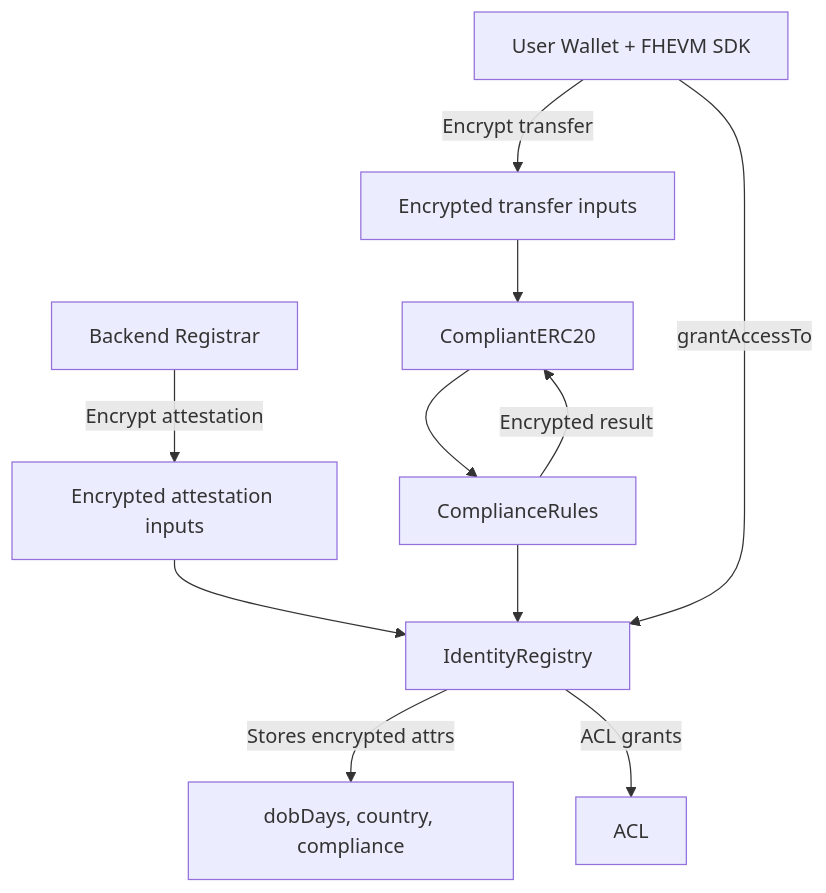
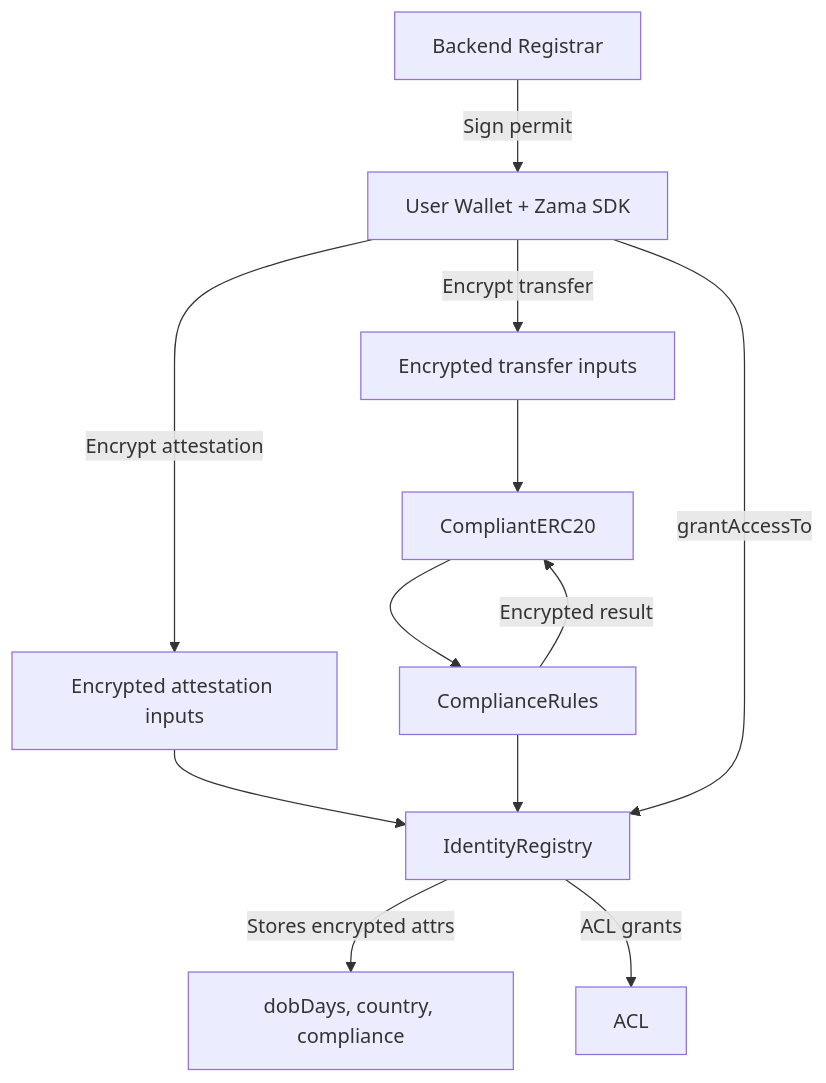
One commit to gustavovalverde/zentity changed the fifth of 9 diagrams in docs/(architecture)/web3-architecture.md. Above: the diagram before and after it, drawn with Mermaid. The commit also changed other lines of this file and 87 other files, not shown here.

````diff
--- a/docs/(architecture)/web3-architecture.md
+++ b/docs/(architecture)/web3-architecture.md
@@ -278,21 +278,22 @@
 ```mermaid
 flowchart TD
-  User["User Wallet + FHEVM SDK"]
+  User["User Wallet + Zama SDK"]
   Registrar["Backend Registrar"]
   AttIn["Encrypted attestation inputs"]
   EncIn["Encrypted transfer inputs"]
 
   User -- "Encrypt transfer" --> EncIn
-  Registrar -- "Encrypt attestation" --> AttIn
+  Registrar -- "Sign permit" --> User
+  User -- "Encrypt attestation" --> AttIn
 
   AttIn --> IR["IdentityRegistry"]
   EncIn --> ERC["CompliantERC20"]
 
   IR -- "Stores encrypted attrs" --> IRState["dobDays, country, compliance"]
   IR -- "ACL grants" --> ACL
   ERC --> CR["ComplianceRules"]
   CR --> IR
   CR -- "Encrypted result" --> ERC
 
   User -- "grantAccessTo" --> IR
 ```
````
